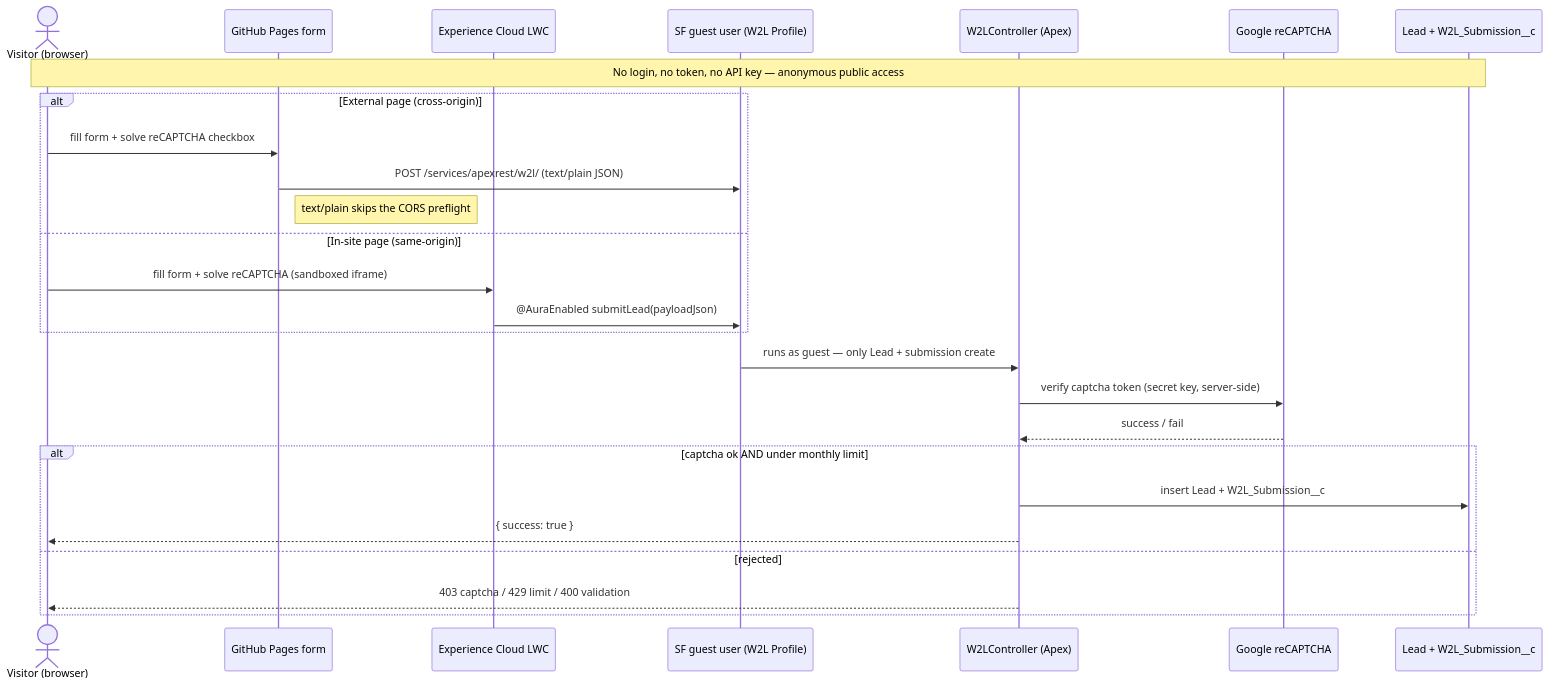
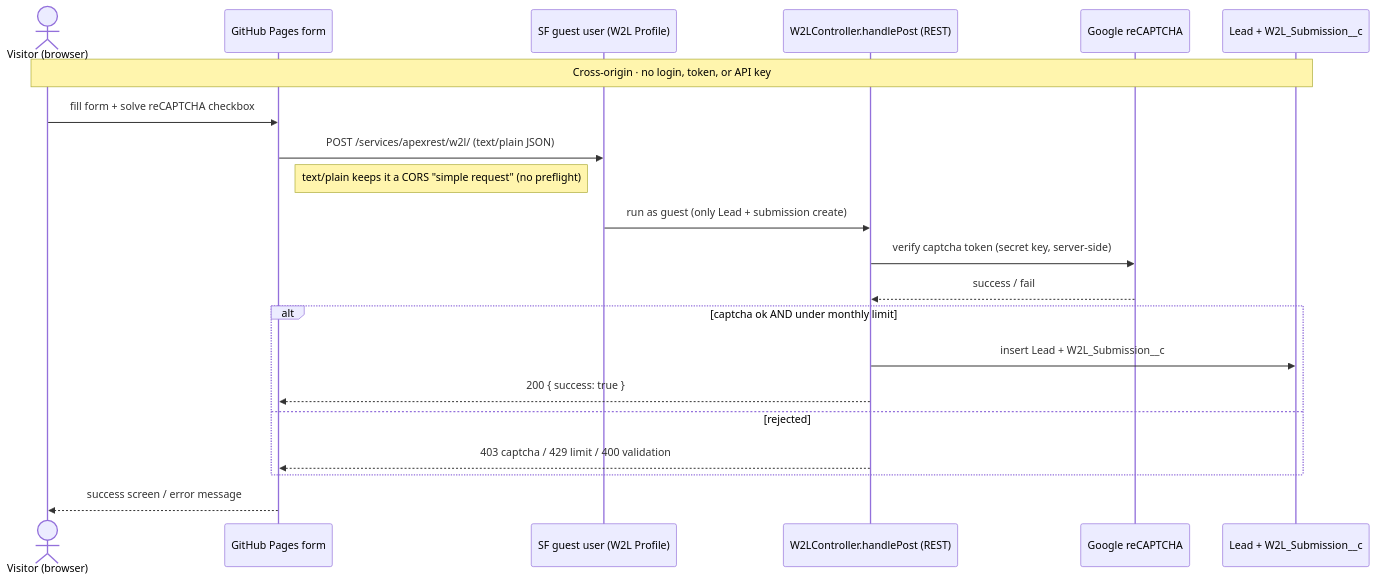
The first of 2 diagrams in README.md (dmvictor83/sf-web-to-lead), drawn with Mermaid before and after one commit. The commit also changed other lines of this file, not shown here.

Commit message:
Split auth flow into two separate UML diagrams (external vs in-site)

````diff
--- a/README.md
+++ b/README.md
@@ -43,31 +52,24 @@
 ```mermaid
 sequenceDiagram
     actor U as Visitor (browser)
     participant EF as GitHub Pages form
-    participant IL as Experience Cloud LWC
     participant G as SF guest user (W2L Profile)
-    participant A as W2LController (Apex)
+    participant A as W2LController.handlePost (REST)
     participant R as Google reCAPTCHA
     participant DB as Lead + W2L_Submission__c
 
-    Note over U,DB: No login, no token, no API key — anonymous public access
-
-    alt External page (cross-origin)
-        U->>EF: fill form + solve reCAPTCHA checkbox
-        EF->>G: POST /services/apexrest/w2l/ (text/plain JSON)
-        Note right of EF: text/plain skips the CORS preflight
-    else In-site page (same-origin)
-        U->>IL: fill form + solve reCAPTCHA (sandboxed iframe)
-        IL->>G: @AuraEnabled submitLead(payloadJson)
-    end
-
-    G->>A: runs as guest — only Lead + submission create
+    Note over U,DB: Cross-origin · no login, token, or API key
+    U->>EF: fill form + solve reCAPTCHA checkbox
+    EF->>G: POST /services/apexrest/w2l/ (text/plain JSON)
+    Note right of EF: text/plain keeps it a CORS "simple request" (no preflight)
+    G->>A: run as guest (only Lead + submission create)
     A->>R: verify captcha token (secret key, server-side)
     R-->>A: success / fail
     alt captcha ok AND under monthly limit
         A->>DB: insert Lead + W2L_Submission__c
-        A-->>U: { success: true }
+        A-->>EF: 200 { success: true }
     else rejected
-        A-->>U: 403 captcha / 429 limit / 400 validation
+        A-->>EF: 403 captcha / 429 limit / 400 validation
     end
+    EF-->>U: success screen / error message
 ```
````
